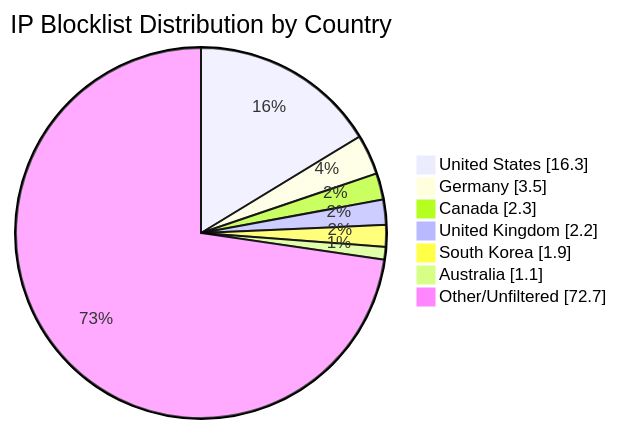
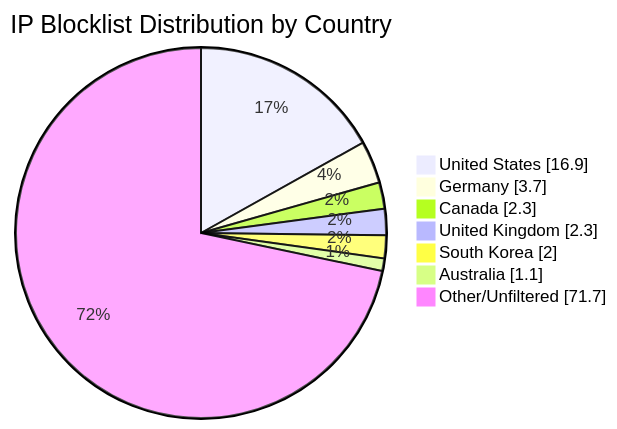
The diagram in README.md (MarcusHoltz/ipblocklist-geofiltered-aggregator), drawn with Mermaid before and after one commit. The commit also changed other lines of this file and 9 other files, not shown here.

````diff
--- a/README.md
+++ b/README.md
@@ -34,10 +34,10 @@
 ```mermaid
 pie showData title IP Blocklist Distribution by Country
-"United States" : 16.3
-"Germany" : 3.5
+"United States" : 16.9
+"Germany" : 3.7
 "Canada" : 2.3
-"United Kingdom" : 2.2
-"South Korea" : 1.9
+"United Kingdom" : 2.3
+"South Korea" : 2.0
 "Australia" : 1.1
-"Other/Unfiltered" : 72.7
+"Other/Unfiltered" : 71.7
 ```
````
